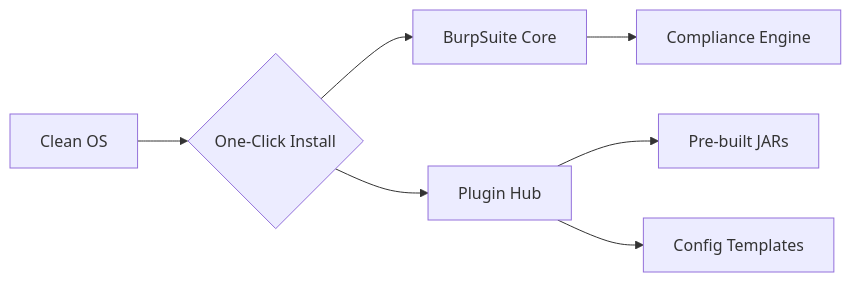
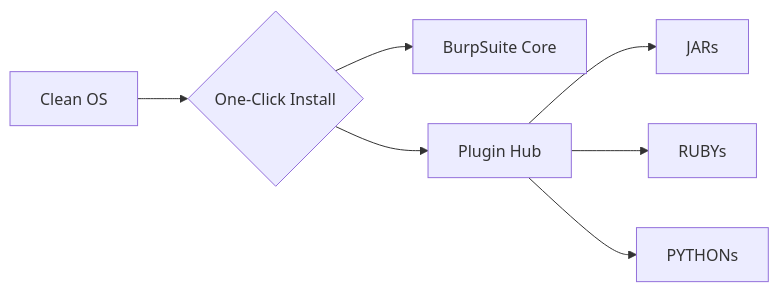
Before and after one commit to oneclick-burp/BurpFusion-Core: the diagram in README.md, drawn with Mermaid. The commit also changed other lines of this file, not shown here.

````diff
--- a/README.md
+++ b/README.md
@@ -54,9 +42,9 @@
 ```mermaid
 graph LR
 A[Clean OS] --> B{One-Click Install}
 B --> C[BurpSuite Core]
 B --> D[Plugin Hub]
-D --> E[Pre-built JARs]
-D --> F[Config Templates]
-C --> G[Compliance Engine]
+D --> E[JARs]
+D --> F[RUBYs]
+D --> G[PYTHONs]
 ```
````
